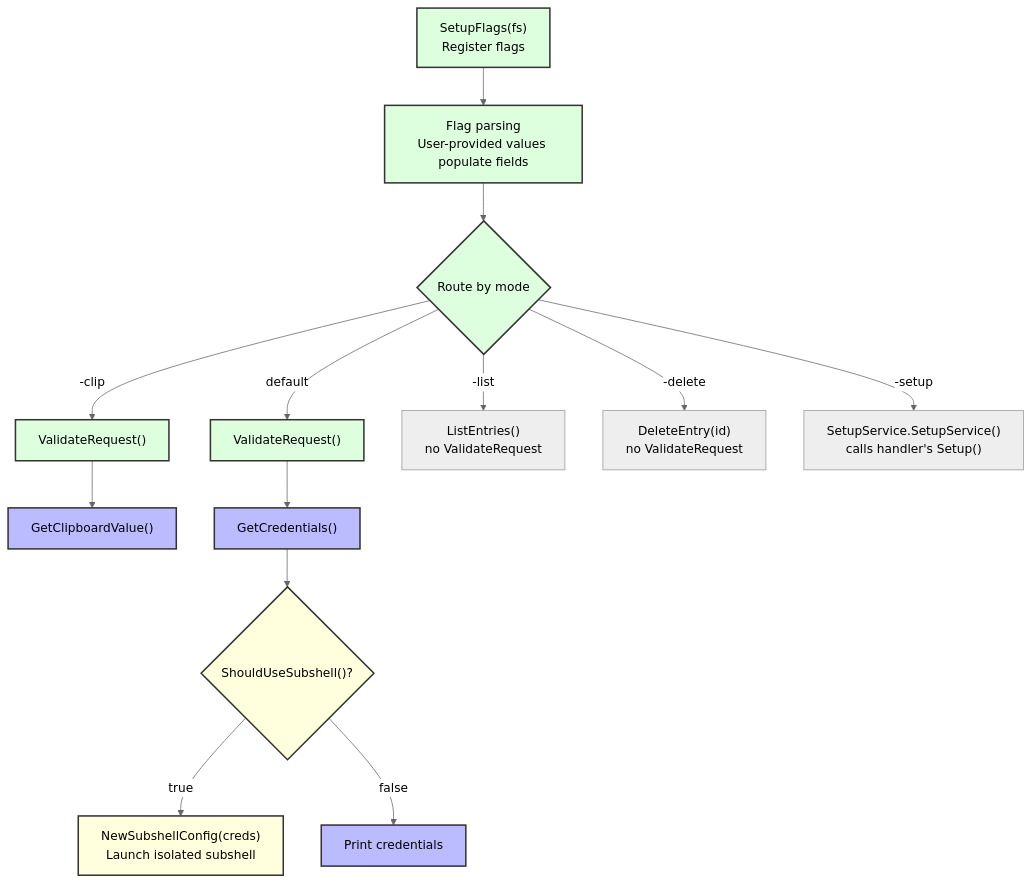
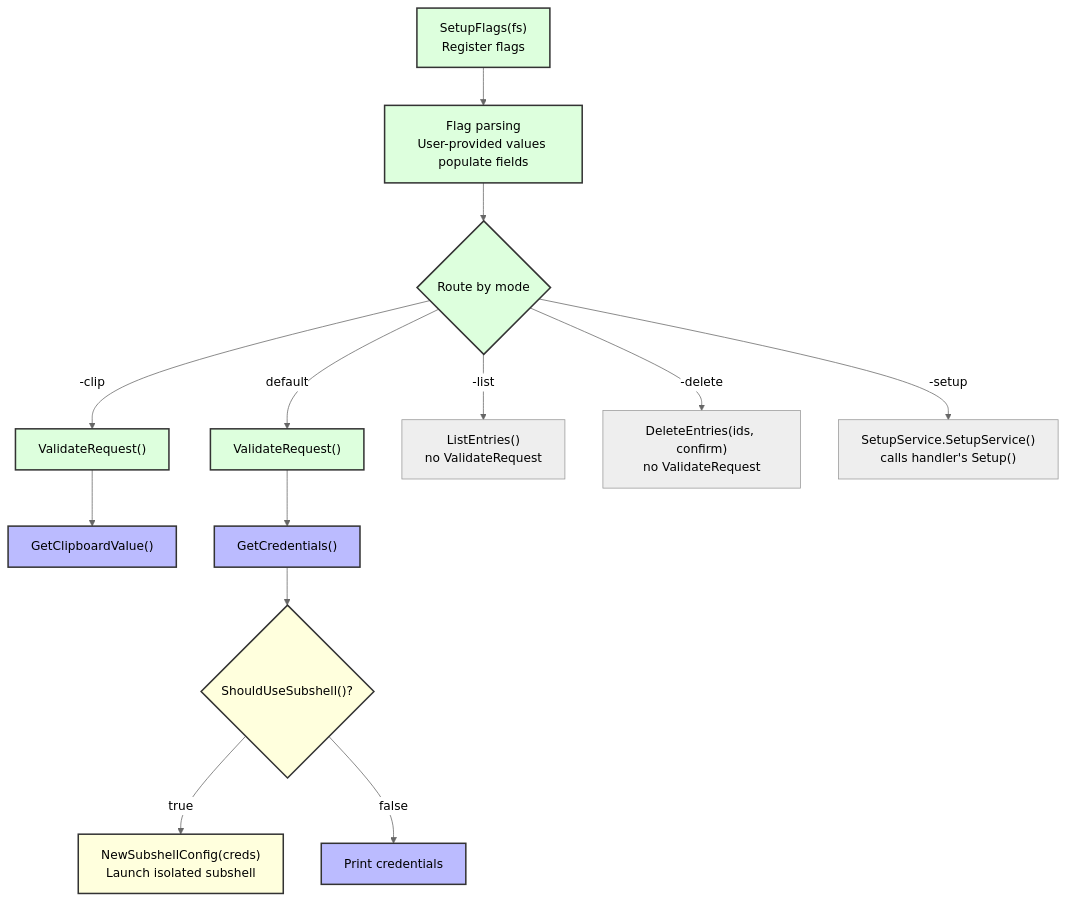
One commit to bashhack/sesh changed the diagram in docs/PLUGIN_DEVELOPMENT.md. Above: the diagram before and after it, drawn with Mermaid. The commit also changed other lines of this file and 22 other files, not shown here.

Commit message:
delete several entries at once with --delete id id …, all or none after one confirmation, and ask before deleting with --service totp and aws too

````diff
--- a/docs/PLUGIN_DEVELOPMENT.md
+++ b/docs/PLUGIN_DEVELOPMENT.md
@@ -32,27 +32,27 @@
 ```mermaid
 %%{init: {'theme': 'neutral'}}%%
 flowchart TD
     classDef always fill:#dfd,stroke:#333,stroke-width:2px
     classDef mode fill:#bbf,stroke:#333,stroke-width:2px
     classDef optional fill:#ffd,stroke:#333,stroke-width:2px
     classDef skip fill:#eee,stroke:#999,stroke-width:1px
 
     SF["SetupFlags(fs)<br>Register flags"]:::always
     FP["Flag parsing<br>User-provided values populate fields"]:::always
 
     SF --> FP
     FP --> Route{"Route by mode"}:::always
 
     Route -->|"-clip"| VR1["ValidateRequest()"]:::always
     VR1 --> GCV["GetClipboardValue()"]:::mode
 
     Route -->|"default"| VR2["ValidateRequest()"]:::always
     VR2 --> GC["GetCredentials()"]:::mode
     GC --> Sub{"ShouldUseSubshell()?"}:::optional
     Sub -->|"true"| NSC["NewSubshellConfig(creds)<br>Launch isolated subshell"]:::optional
     Sub -->|"false"| Print["Print credentials"]:::mode
 
     Route -->|"-list"| LE["ListEntries()<br>no ValidateRequest"]:::skip
-    Route -->|"-delete"| DE["DeleteEntry(id)<br>no ValidateRequest"]:::skip
+    Route -->|"-delete"| DE["DeleteEntries(ids, confirm)<br>no ValidateRequest"]:::skip
     Route -->|"-setup"| Setup["SetupService.SetupService()<br>calls handler's Setup()"]:::skip
 ```
````
